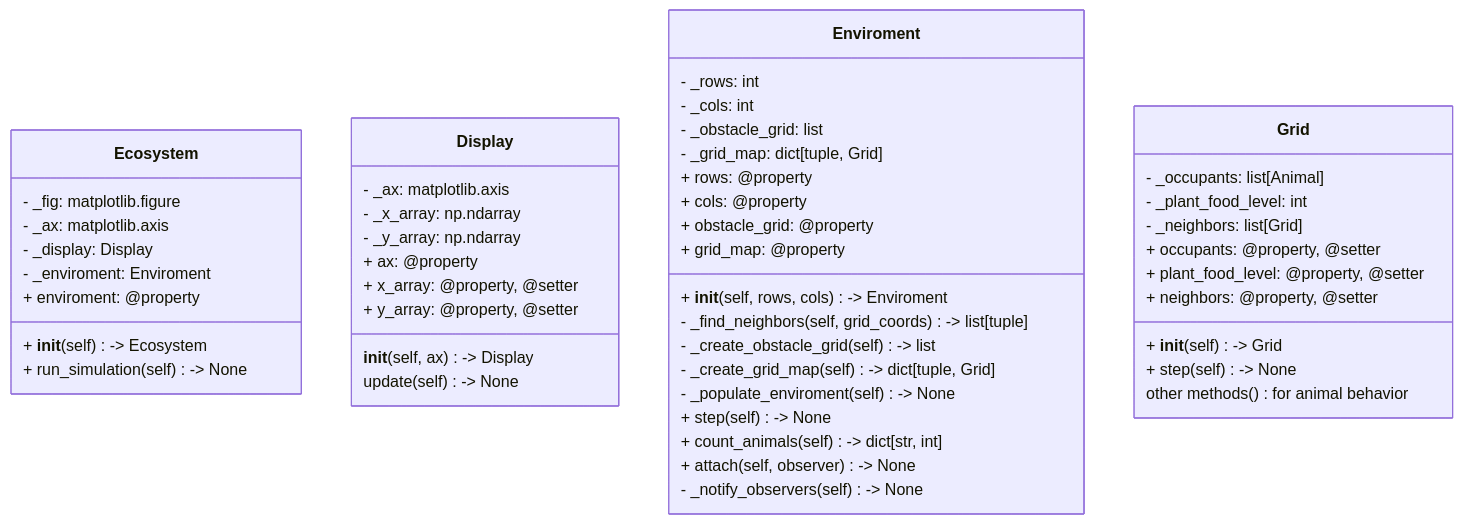
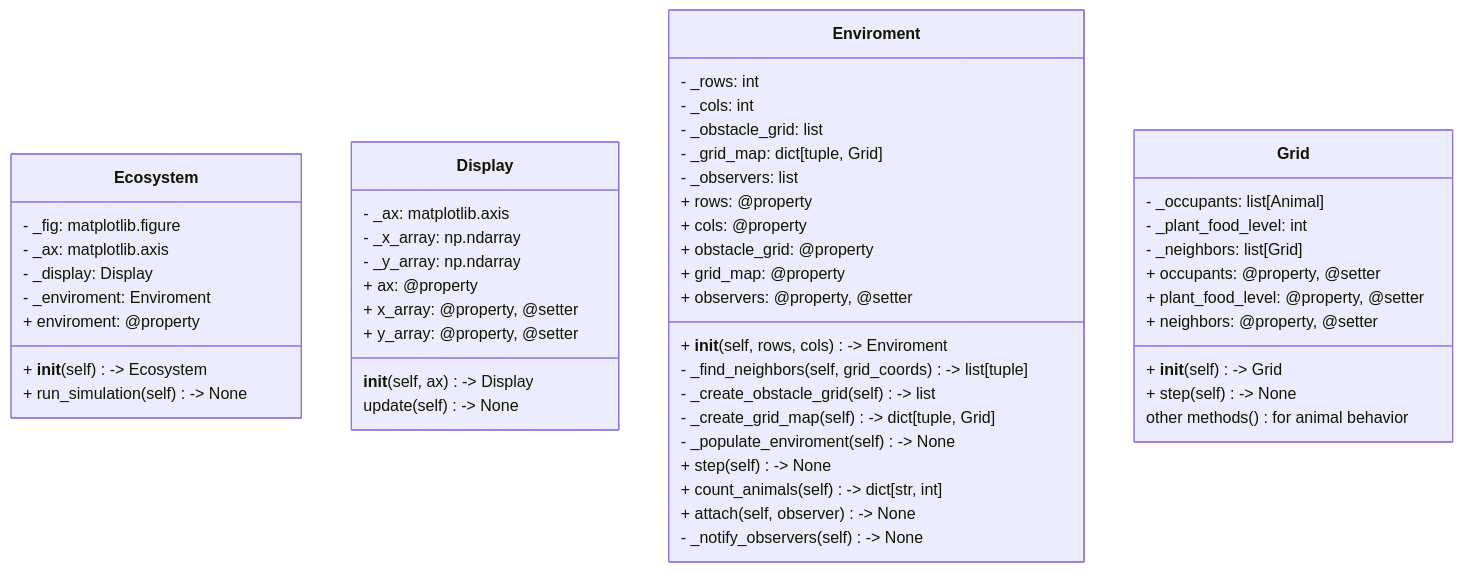
Before and after one commit to jonathancsci/eco-sys-sim: the diagram in README.md, drawn with Mermaid. The commit also changed 1 other file, not shown here.

Commit message:
Update uml

````diff
--- a/README.md
+++ b/README.md
@@ -4,57 +4,59 @@
 ```mermaid
 classDiagram
 class Ecosystem {
     - _fig: matplotlib.figure
     - _ax: matplotlib.axis
     - _display: Display
     - _enviroment: Enviroment
     + enviroment: @property
 
     + __init__(self) -> Ecosystem
     + run_simulation(self) -> None
 }
 class Display {
     - _ax: matplotlib.axis
     - _x_array: np.ndarray
     - _y_array: np.ndarray
     + ax: @property
     + x_array: @property, @setter
     + y_array: @property, @setter
 
     __init__(self, ax) -> Display
     update(self) -> None
 }
 class Enviroment {
     - _rows: int
     - _cols: int
     - _obstacle_grid: list
     - _grid_map: dict[tuple, Grid]
+    - _observers: list
     + rows: @property
     + cols: @property
     + obstacle_grid: @property
     + grid_map: @property
+    + observers: @property, @setter
 
     + __init__(self, rows, cols) -> Enviroment
     - _find_neighbors(self, grid_coords) -> list[tuple]
     - _create_obstacle_grid(self) -> list
     - _create_grid_map(self) -> dict[tuple, Grid]
     - _populate_enviroment(self) -> None
     + step(self) -> None
     + count_animals(self) -> dict[str, int]
     + attach(self, observer) -> None
     - _notify_observers(self) -> None
 }
 class Grid {
     - _occupants: list[Animal]
     - _plant_food_level: int
     - _neighbors: list[Grid]
     + occupants: @property, @setter
     + plant_food_level: @property, @setter
     + neighbors: @property, @setter
 
     + __init__(self) -> Grid
     + step(self) -> None
     other methods() for animal behavior
 }
 
 ```
````
